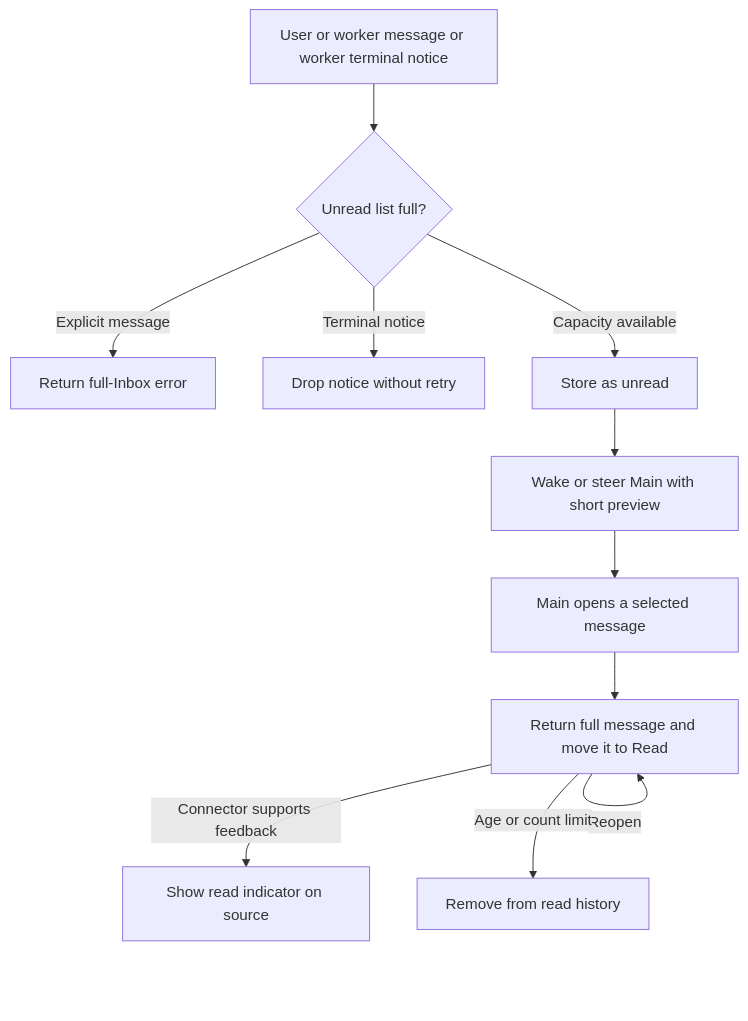
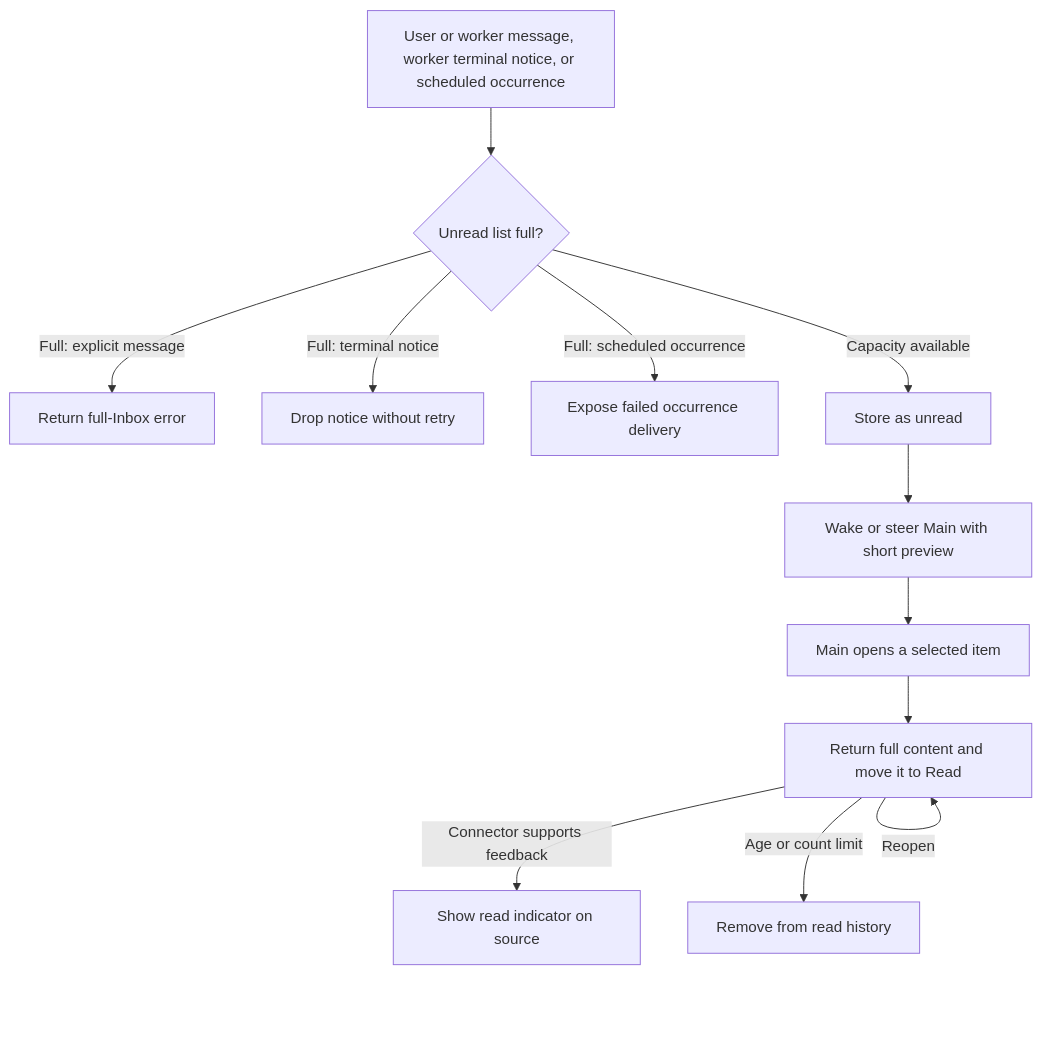
The diagram in spec/01-inbox.md (Wh1isper/a13n-claw), drawn with Mermaid before and after one commit. The commit also changed other lines of this file and 6 other files, not shown here.

First line of the commit message:
docs(spec): deliver scheduled work through the Claw Inbox

````diff
--- a/spec/01-inbox.md
+++ b/spec/01-inbox.md
@@ -23,13 +29,14 @@
 ```mermaid
 flowchart TD
-    Incoming[User or worker message or worker terminal notice] --> Check{Unread list full?}
-    Check -->|Explicit message| Reject[Return full-Inbox error]
-    Check -->|Terminal notice| Drop[Drop notice without retry]
+    Incoming[User or worker message, worker terminal notice, or scheduled occurrence] --> Check{Unread list full?}
+    Check -->|Full: explicit message| Reject[Return full-Inbox error]
+    Check -->|Full: terminal notice| Drop[Drop notice without retry]
+    Check -->|Full: scheduled occurrence| ScheduleReject[Expose failed occurrence delivery]
     Check -->|Capacity available| Unread[Store as unread]
     Unread --> Preview[Wake or steer Main with short preview]
-    Preview --> Open[Main opens a selected message]
-    Open --> Read[Return full message and move it to Read]
+    Preview --> Open[Main opens a selected item]
+    Open --> Read[Return full content and move it to Read]
     Read -->|Connector supports feedback| Feedback[Show read indicator on source]
     Read -->|Reopen| Read
     Read -->|Age or count limit| Prune[Remove from read history]
 ```
````
